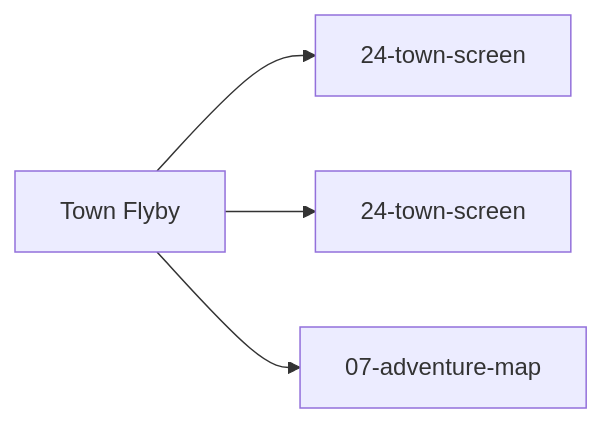
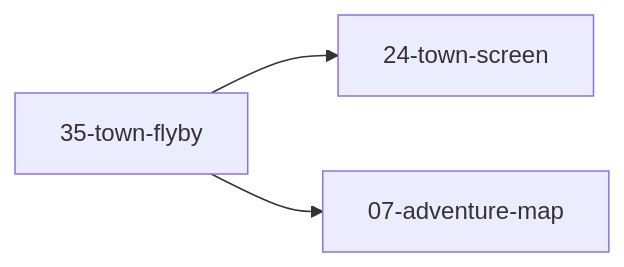
One commit to SunaNoOshiro/Heroes_Reforged_AI_Realms changed the fifth of 5 diagrams in docs/architecture/wiki/screens/35-town-flyby/architecture.md. Above: the diagram before and after it, drawn with Mermaid. The commit also changed other lines of this file and 518 other files, not shown here.

First line of the commit message:
Add doc-audit skill and sweep architecture/screen docs

````diff
--- a/docs/architecture/wiki/screens/35-town-flyby/architecture.md
+++ b/docs/architecture/wiki/screens/35-town-flyby/architecture.md
@@ -66,7 +90,6 @@
 ```mermaid
 flowchart LR
-  Current["Town Flyby"]
+  Current["35-town-flyby"]
   Current --> T0["24-town-screen"]
-  Current --> T1["24-town-screen"]
-  Current --> T2["07-adventure-map"]
+  Current --> T1["07-adventure-map"]
 ```
````
